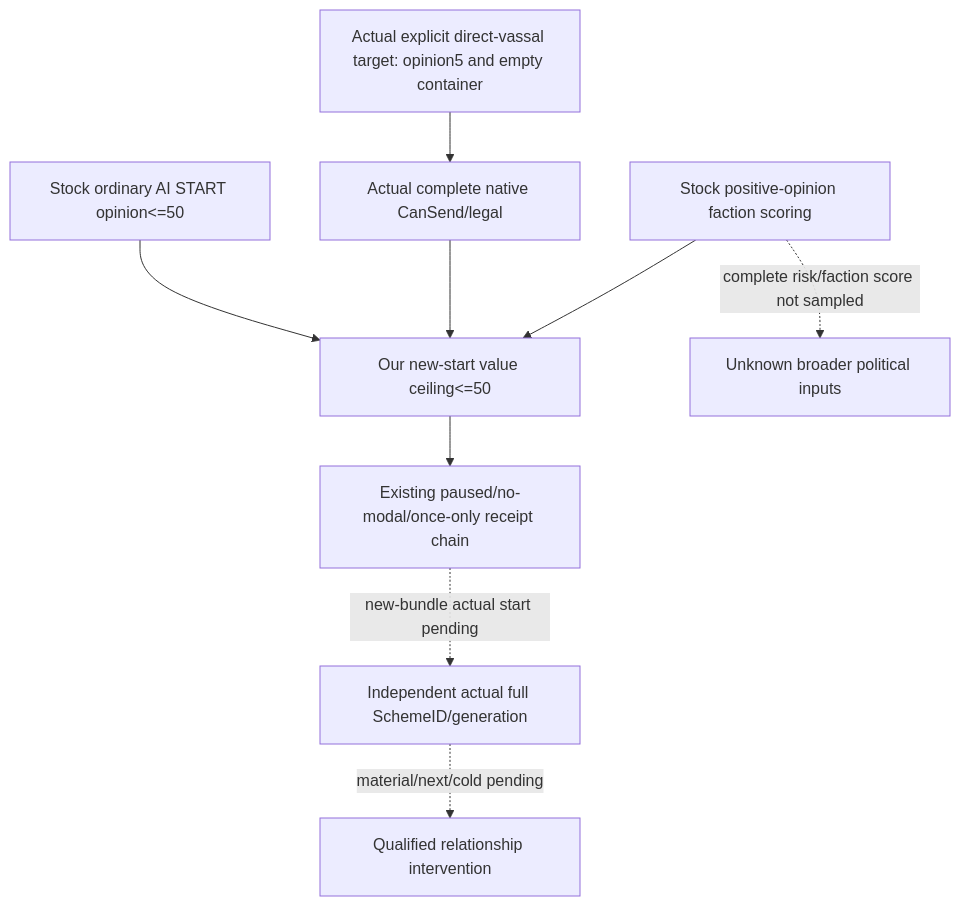
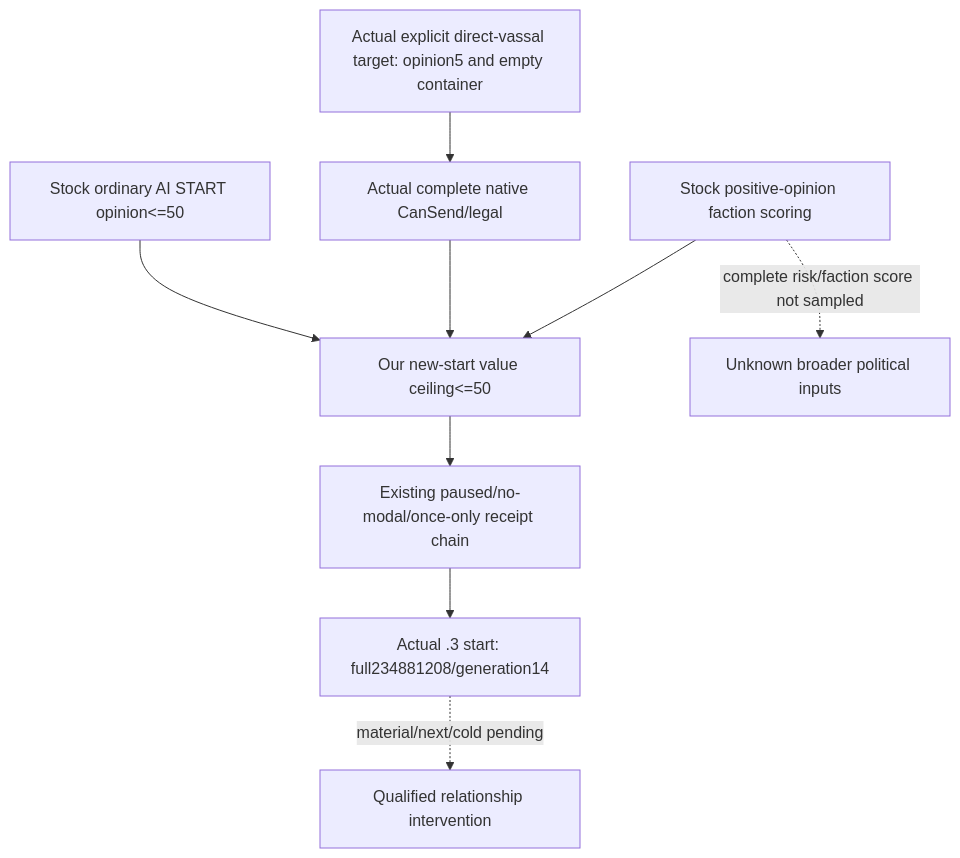
Before and after one commit to XenoAmess/ck3_eternal_recurrence: the second of 2 diagrams in docs/ck3-native-ai/ck3-1.20.0.2-sway-state.md, drawn with Mermaid. The commit also changed other lines of this file and 10 other files, not shown here.

````diff
--- a/docs/ck3-native-ai/ck3-1.20.0.2-sway-state.md
+++ b/docs/ck3-native-ai/ck3-1.20.0.2-sway-state.md
@@ -87,11 +87,11 @@
 ```mermaid
 flowchart TD
     A[Actual explicit direct-vassal target: opinion5 and empty container] --> B[Actual complete native CanSend/legal]
     S[Stock ordinary AI START opinion<=50] --> P[Our new-start value ceiling<=50]
     B --> P
     P --> G[Existing paused/no-modal/once-only receipt chain]
-    G -. new-bundle actual start pending .-> I[Independent actual full SchemeID/generation]
+    G --> I[Actual .3 start: full234881208/generation14]
     I -. material/next/cold pending .-> M[Qualified relationship intervention]
     F[Stock positive-opinion faction scoring] --> P
     F -. complete risk/faction score not sampled .-> U[Unknown broader political inputs]
 ```
````
